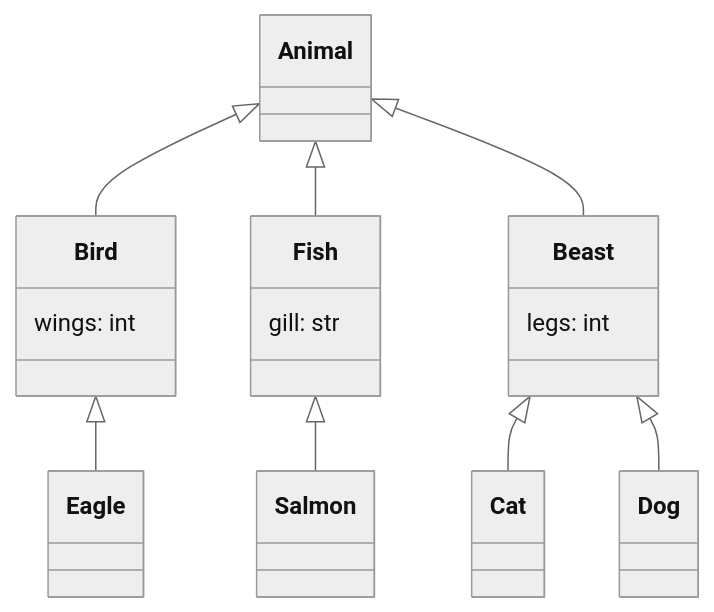
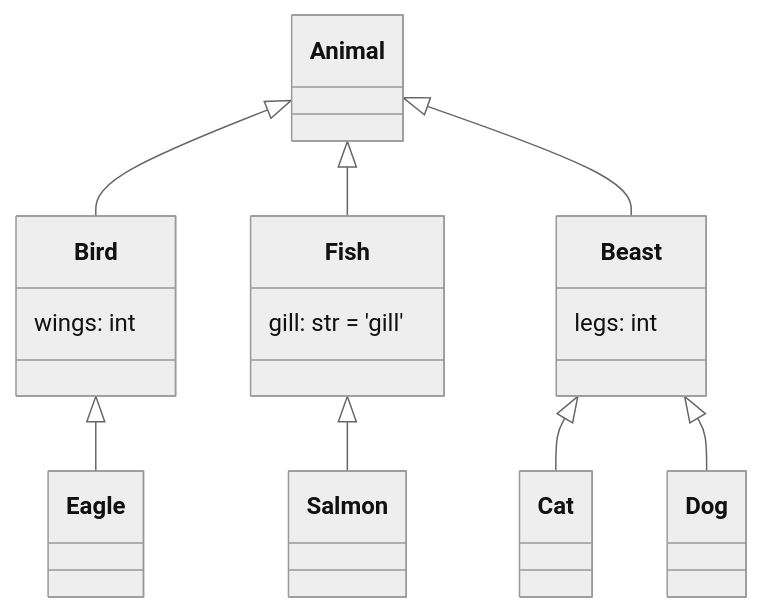
One commit to EricWebsmith/pydantic_mermaid changed the diagram in examples/animals.md. Above: the diagram before and after it, drawn with Mermaid (neutral theme). The commit also changed 16 other files, not shown here.

````diff
--- a/examples/animals.md
+++ b/examples/animals.md
@@ -1,38 +1,38 @@
 ```mermaid
 classDiagram
     class Animal {
     }
 
     class Fish {
-        gill: str
+        gill: str = 'gill'
     }
 
     class Beast {
         legs: int
     }
 
     class Bird {
         wings: int
     }
 
     class Dog {
     }
 
     class Cat {
     }
 
     class Salmon {
     }
 
     class Eagle {
     }
 
 
     Animal <|-- Bird
     Animal <|-- Fish
     Animal <|-- Beast
     Beast <|-- Cat
     Beast <|-- Dog
     Fish <|-- Salmon
     Bird <|-- Eagle
 ```
````
